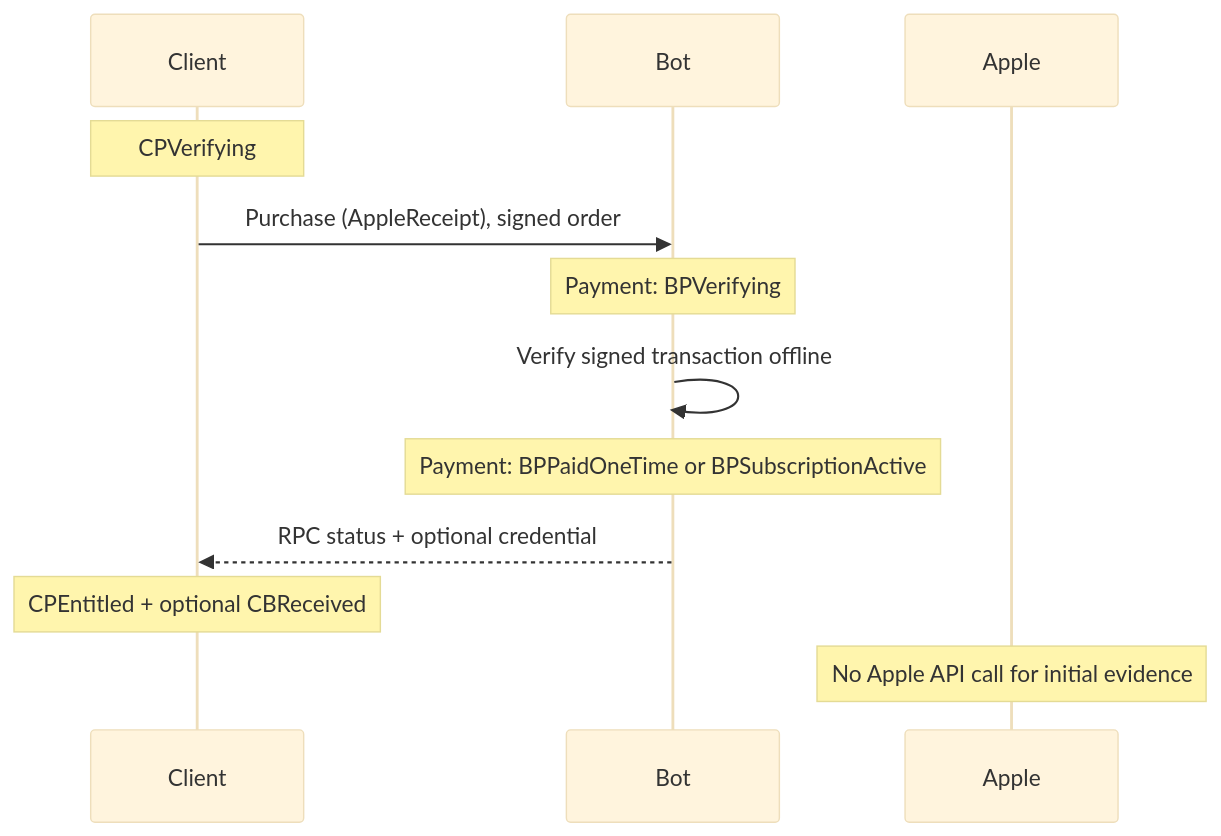
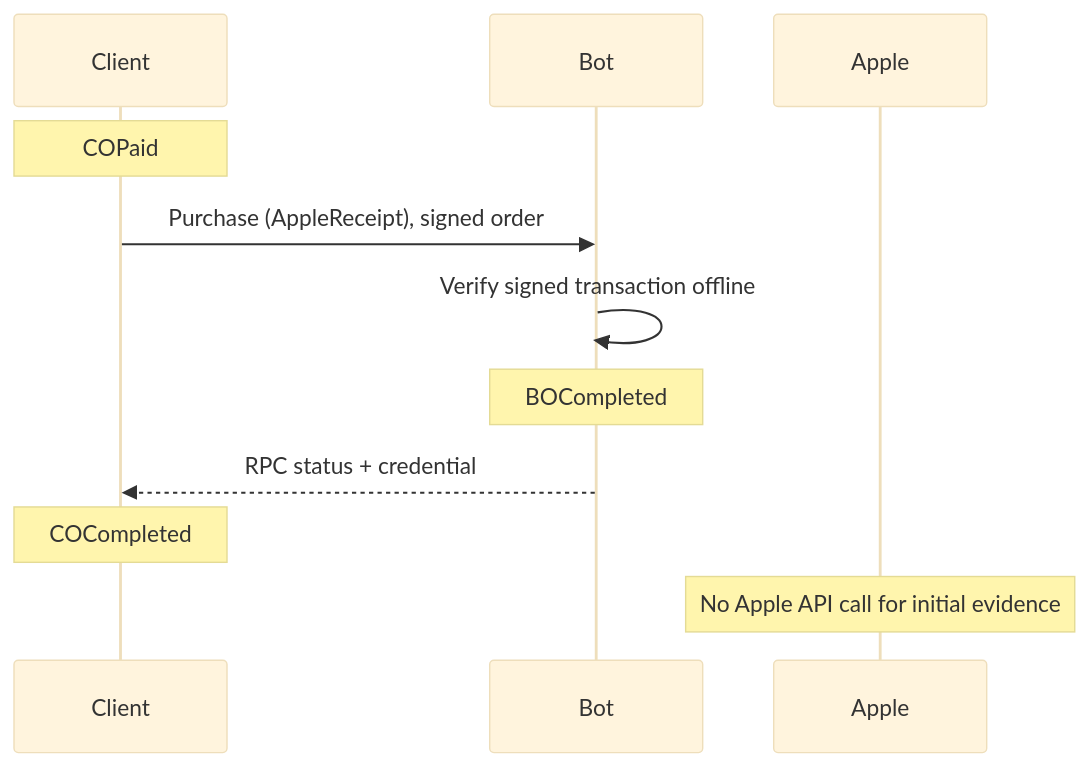
One commit to simplex-chat/simplex-chat changed the fifth of 9 diagrams in plans/2026-07-20-supporter-badges-v2-implementation.md. Above: the diagram before and after it, drawn with Mermaid (base theme). The commit also changed other lines of this file and 4 other files, not shown here.

````diff
--- a/plans/2026-07-20-supporter-badges-v2-implementation.md
+++ b/plans/2026-07-20-supporter-badges-v2-implementation.md
@@ -552,14 +291,13 @@
 ```mermaid
 sequenceDiagram
   participant C as Client
   participant B as Bot
   participant A as Apple
-  Note over C: CPVerifying
+  Note over C: COPaid
   C->>B: Purchase (AppleReceipt), signed order
-  Note over B: Payment: BPVerifying
   B->>B: Verify signed transaction offline
-  Note over B: Payment: BPPaidOneTime or BPSubscriptionActive
-  B-->>C: RPC status + optional credential
-  Note over C: CPEntitled + optional CBReceived
+  Note over B: BOCompleted
+  B-->>C: RPC status + credential
+  Note over C: COCompleted
   Note over A: No Apple API call for initial evidence
 ```
````
